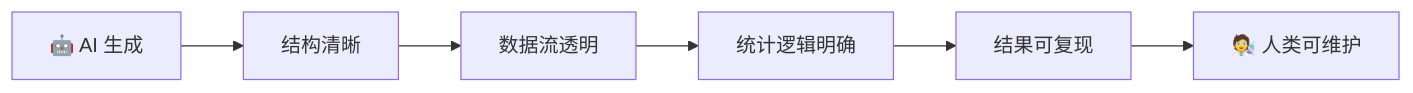
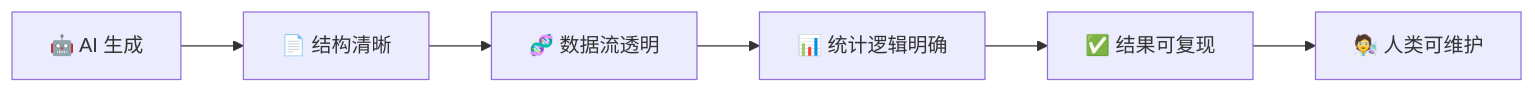
One commit to apexpeng/write-human-r-code changed the first of 2 diagrams in README.zh-CN.md. Above: the diagram before and after it, drawn with Mermaid. The commit also changed other lines of this file, not shown here.

````diff
--- a/README.zh-CN.md
+++ b/README.zh-CN.md
@@ -45,8 +31,8 @@
 ```mermaid
 flowchart LR
-    A["🤖 AI 生成"] --> B["结构清晰"]
-    B --> C["数据流透明"]
-    C --> D["统计逻辑明确"]
-    D --> E["结果可复现"]
+    A["🤖 AI 生成"] --> B["📄 结构清晰"]
+    B --> C["🧬 数据流透明"]
+    C --> D["📊 统计逻辑明确"]
+    D --> E["✅ 结果可复现"]
     E --> F["🧑‍🔬 人类可维护"]
 ```
````
